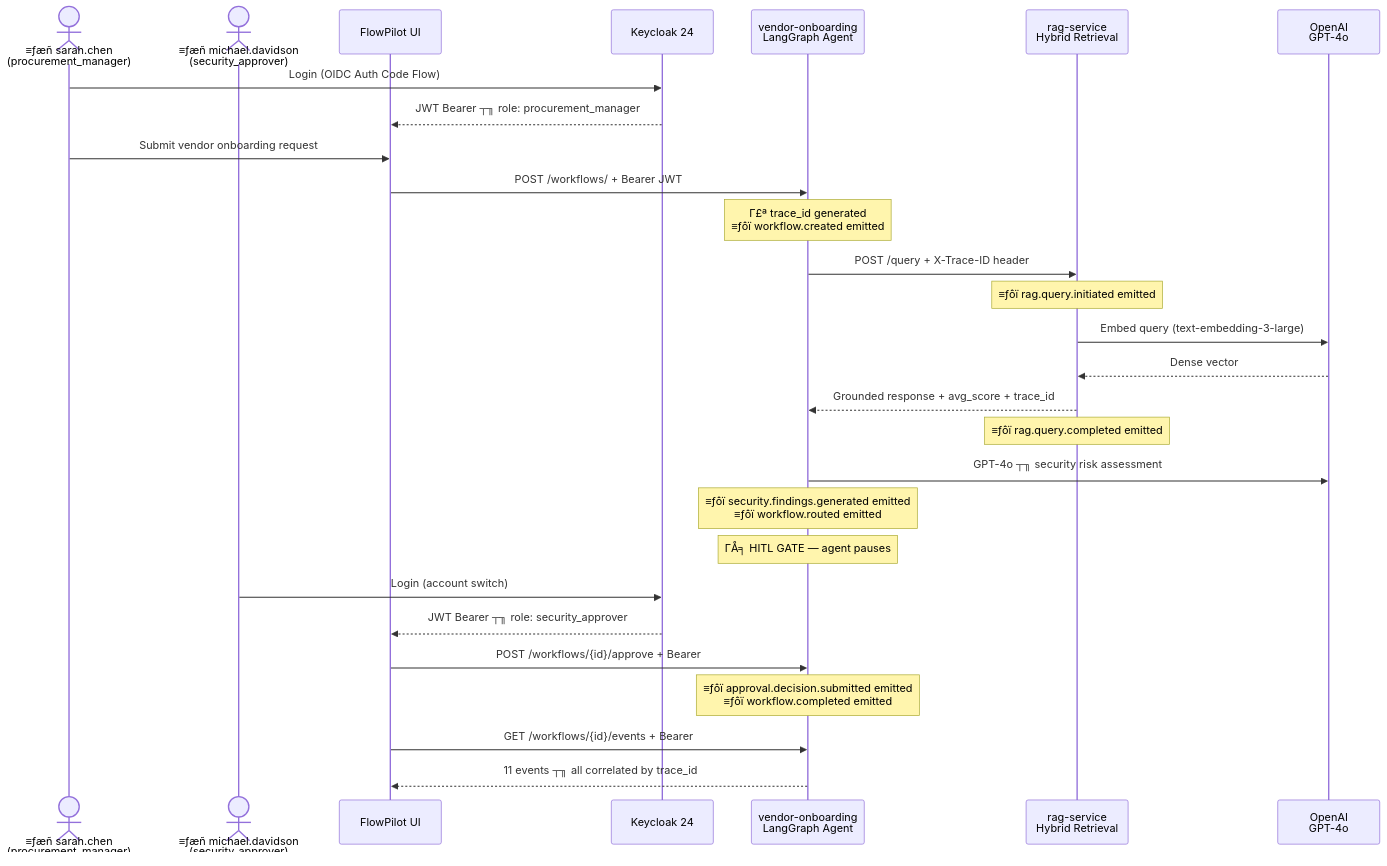
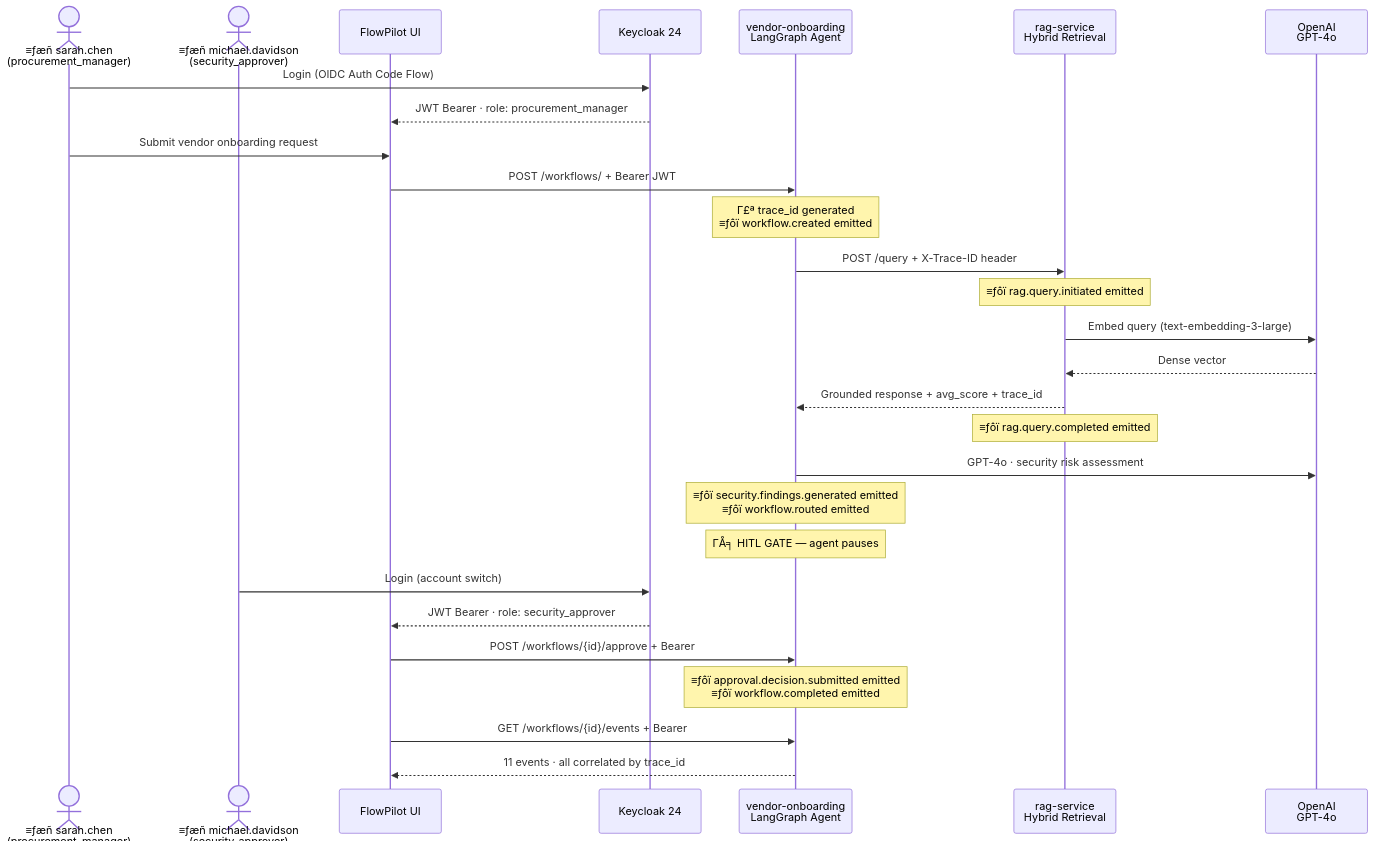
Before and after one commit to nitindra-soekhai/flowpilot-docs: the fourth of 4 diagrams in README.md, drawn with Mermaid. The commit also changed other lines of this file, not shown here.

````diff
--- a/README.md
+++ b/README.md
@@ -377,31 +377,31 @@
 ```mermaid
 sequenceDiagram
     actor Sarah as ≡ƒæñ sarah.chen<br/>(procurement_manager)
     actor Michael as ≡ƒæñ michael.davidson<br/>(security_approver)
     participant UI as FlowPilot UI
     participant KC as Keycloak 24
     participant AGENT as vendor-onboarding<br/>LangGraph Agent
     participant RAG as rag-service<br/>Hybrid Retrieval
     participant OAI as OpenAI<br/>GPT-4o
 
     Sarah->>KC: Login (OIDC Auth Code Flow)
-    KC-->>UI: JWT Bearer ┬╖ role: procurement_manager
+    KC-->>UI: JWT Bearer · role: procurement_manager
     Sarah->>UI: Submit vendor onboarding request
     UI->>AGENT: POST /workflows/ + Bearer JWT
     Note over AGENT: Γ£ª trace_id generated<br/>≡ƒôï workflow.created emitted
     AGENT->>RAG: POST /query + X-Trace-ID header
     Note over RAG: ≡ƒôï rag.query.initiated emitted
     RAG->>OAI: Embed query (text-embedding-3-large)
     OAI-->>RAG: Dense vector
     RAG-->>AGENT: Grounded response + avg_score + trace_id
     Note over RAG: ≡ƒôï rag.query.completed emitted
-    AGENT->>OAI: GPT-4o ┬╖ security risk assessment
+    AGENT->>OAI: GPT-4o · security risk assessment
     Note over AGENT: ≡ƒôï security.findings.generated emitted<br/>≡ƒôï workflow.routed emitted
     Note over AGENT: ΓÅ╕ HITL GATE — agent pauses
     Michael->>KC: Login (account switch)
-    KC-->>UI: JWT Bearer ┬╖ role: security_approver
+    KC-->>UI: JWT Bearer · role: security_approver
     UI->>AGENT: POST /workflows/{id}/approve + Bearer
     Note over AGENT: ≡ƒôï approval.decision.submitted emitted<br/>≡ƒôï workflow.completed emitted
     UI->>AGENT: GET /workflows/{id}/events + Bearer
-    AGENT-->>UI: 11 events ┬╖ all correlated by trace_id
+    AGENT-->>UI: 11 events · all correlated by trace_id
 ```
````
